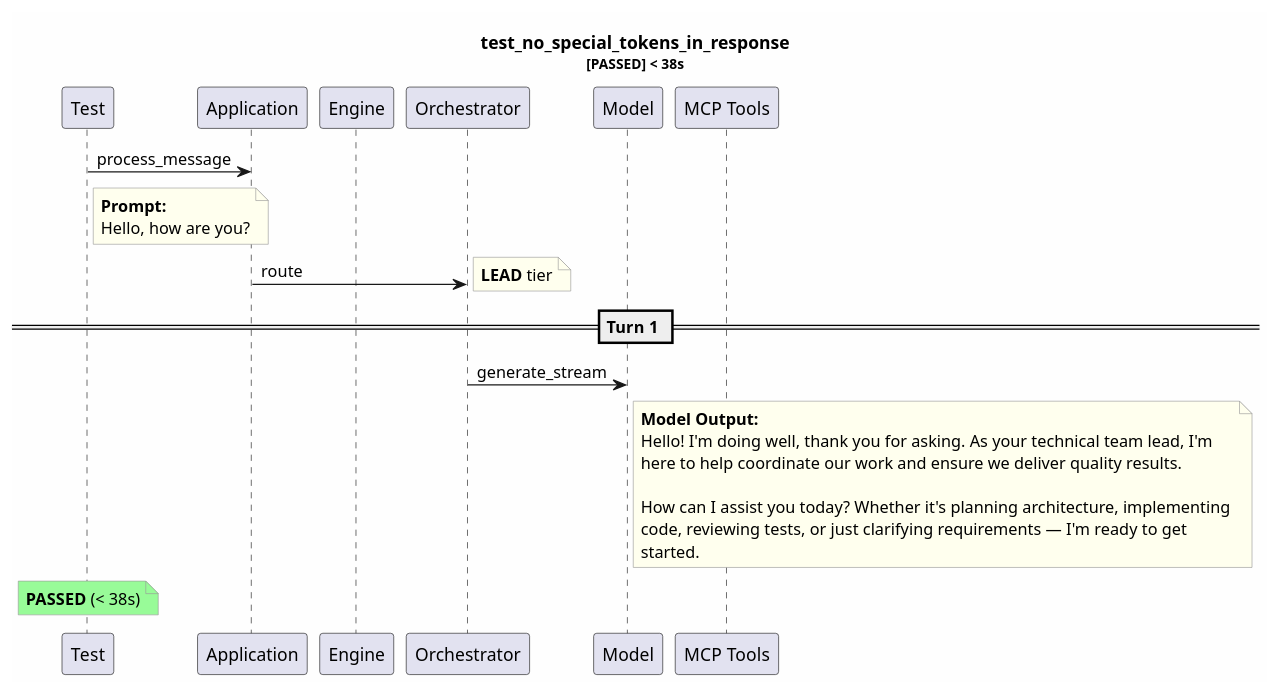
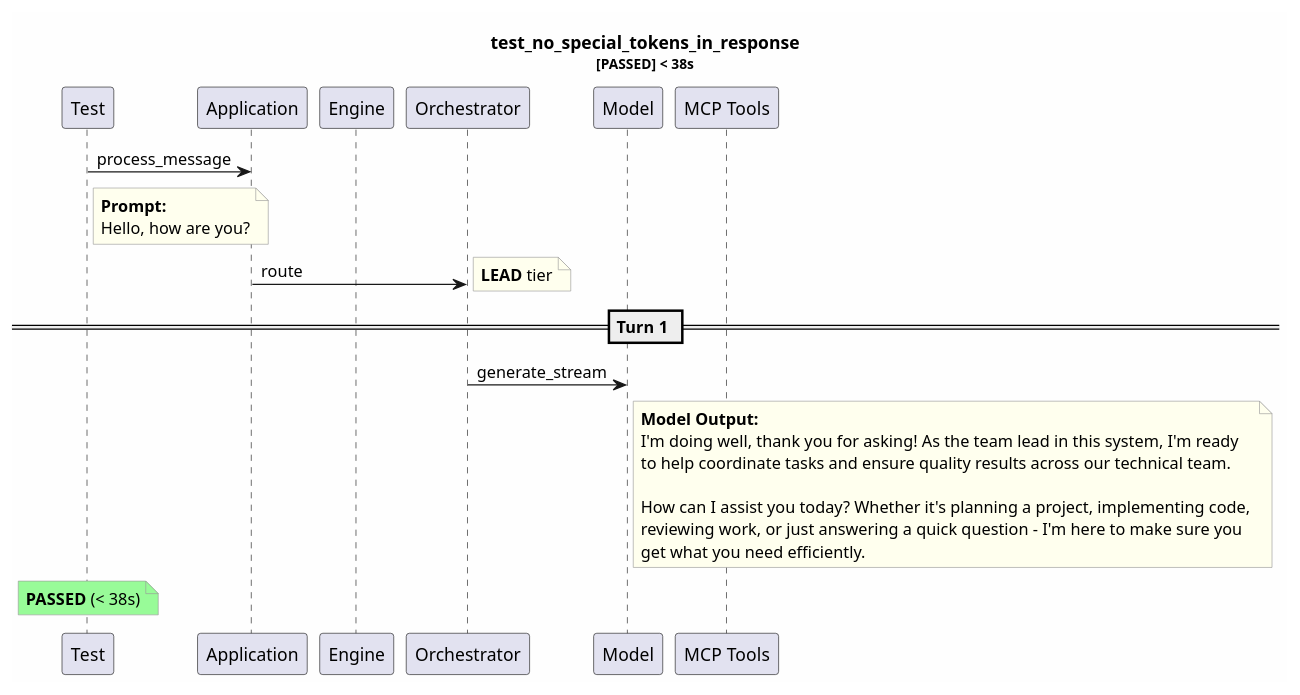
One commit to tvanfossen/entropic changed the diagram in test-reports/logs/test_no_special_tokens_in_response/test_no_special_tokens_in_response.puml. Above: the diagram before and after it, drawn with PlantUML. The commit also changed 13 other files, not shown here.

```diff
--- a/test-reports/logs/test_no_special_tokens_in_response/test_no_special_tokens_in_response.puml
+++ b/test-reports/logs/test_no_special_tokens_in_response/test_no_special_tokens_in_response.puml
@@ -1,36 +1,36 @@
 @startuml
 skinparam backgroundColor #FEFEFE
 skinparam noteBorderColor #999999
 skinparam noteBackgroundColor #FFFFEE
 title test_no_special_tokens_in_response\n<size:11>[PASSED] < 38s</size>
 
 participant "Test" as T
 participant "Application" as App
 participant "Engine" as Eng
 participant "Orchestrator" as Orch
 participant "Model" as Mdl
 participant "MCP Tools" as MCP
 
 T -> App: process_message
 note right of T
   **Prompt:**
   Hello, how are you?
 end note
 App -> Orch: route
 note right: **LEAD** tier
 == Turn 1 ==
 Orch -> Mdl: generate_stream
 note right of Mdl
   **Model Output:**
-  Hello! I'm doing well, thank you for asking. As your technical team lead, I'm 
-  here to help coordinate our work and ensure we deliver quality results.
+  I'm doing well, thank you for asking! As the team lead in this system, I'm ready
+  to help coordinate tasks and ensure quality results across our technical team.
   
-  How can I assist you today? Whether it's planning architecture, implementing 
-  code, reviewing tests, or just clarifying requirements — I'm ready to get 
-  started.
+  How can I assist you today? Whether it's planning a project, implementing code, 
+  reviewing work, or just answering a quick question - I'm here to make sure you 
+  get what you need efficiently.
 end note
 note over T #palegreen
   **PASSED** (< 38s)
 end note
 
 @enduml
```
